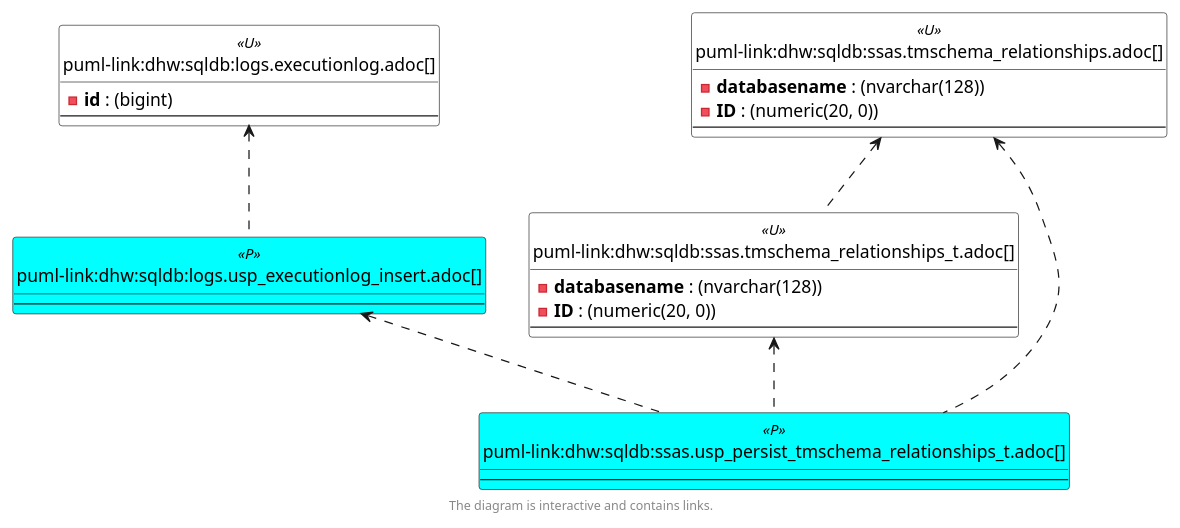
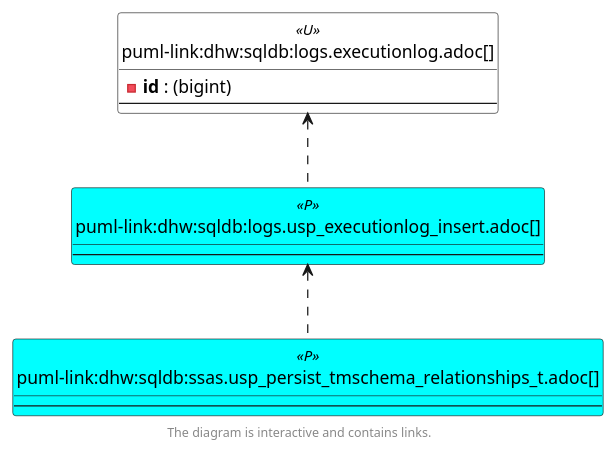
One commit to DataHandwerk/dhw-antora-sqldb changed the fourth of 6 diagrams in docs/modules/sqldb/partials/content/ssas.usp_persist_tmschema_relationships_t.adoc. Above: the diagram before and after it, drawn with PlantUML. The commit also changed other lines of this file and 751 other files, not shown here.

```diff
--- a/docs/modules/sqldb/partials/content/ssas.usp_persist_tmschema_relationships_t.adoc
+++ b/docs/modules/sqldb/partials/content/ssas.usp_persist_tmschema_relationships_t.adoc
@@ -749,65 +730,50 @@
 [plantuml, entity_30_0_objectref-{docname}, svg, subs=macros]
 ....
 @startuml
 'Left to right direction
 top to bottom direction
 hide circle
 'avoide "." issues:
 set namespaceSeparator none
 
 
 skinparam class {
   BackgroundColor White
   BackgroundColor<<FN>> Yellow
   BackgroundColor<<FS>> Yellow
   BackgroundColor<<FT>> LightGray
   BackgroundColor<<IF>> Yellow
   BackgroundColor<<IS>> Yellow
   BackgroundColor<<P>>  Aqua
   BackgroundColor<<PC>> Aqua
   BackgroundColor<<SN>> Yellow
   BackgroundColor<<SO>> SlateBlue
   BackgroundColor<<TF>> LightGray
   BackgroundColor<<TR>> Tomato
   BackgroundColor<<U>>  White
   BackgroundColor<<V>>  WhiteSmoke
   BackgroundColor<<X>>  Aqua
   BackgroundColor<<external>> AliceBlue
 }
 
 
 entity "puml-link:dhw:sqldb:logs.executionlog.adoc[]" as logs.ExecutionLog << U >> {
   - **id** : (bigint)
   --
 }
 
 entity "puml-link:dhw:sqldb:logs.usp_executionlog_insert.adoc[]" as logs.usp_ExecutionLog_insert << P >> {
   --
 }
 
-entity "puml-link:dhw:sqldb:ssas.tmschema_relationships.adoc[]" as ssas.TMSCHEMA_RELATIONSHIPS << U >> {
-  - **databasename** : (nvarchar(128))
-  - **ID** : (numeric(20, 0))
-  --
-}
-
-entity "puml-link:dhw:sqldb:ssas.tmschema_relationships_t.adoc[]" as ssas.TMSCHEMA_RELATIONSHIPS_T << U >> {
-  - **databasename** : (nvarchar(128))
-  - **ID** : (numeric(20, 0))
-  --
-}
-
 entity "puml-link:dhw:sqldb:ssas.usp_persist_tmschema_relationships_t.adoc[]" as ssas.usp_PERSIST_TMSCHEMA_RELATIONSHIPS_T << P >> {
   --
 }
 
 logs.ExecutionLog <.. logs.usp_ExecutionLog_insert
 logs.usp_ExecutionLog_insert <.. ssas.usp_PERSIST_TMSCHEMA_RELATIONSHIPS_T
-ssas.TMSCHEMA_RELATIONSHIPS <.. ssas.TMSCHEMA_RELATIONSHIPS_T
-ssas.TMSCHEMA_RELATIONSHIPS <.. ssas.usp_PERSIST_TMSCHEMA_RELATIONSHIPS_T
-ssas.TMSCHEMA_RELATIONSHIPS_T <.. ssas.usp_PERSIST_TMSCHEMA_RELATIONSHIPS_T
 
 footer The diagram is interactive and contains links.
 
 @enduml
 ....
```
